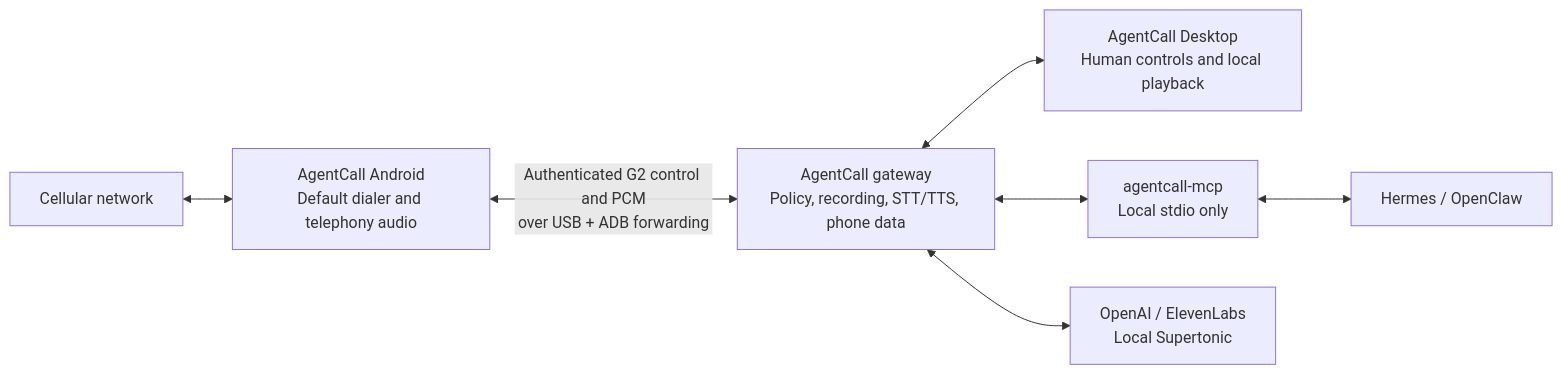
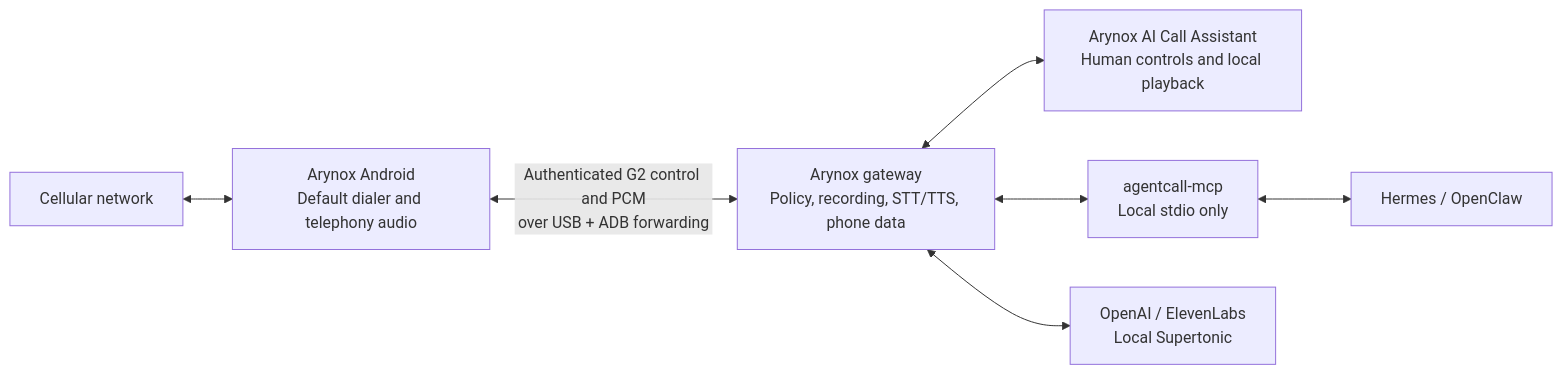
One commit to aryaanchavan1-commits/Arynox_ai_call_assistant changed the diagram in README.md. Above: the diagram before and after it, drawn with Mermaid. The commit also changed other lines of this file and 47 other files, not shown here.

Commit message:
Remove AgentCall branding from all user-facing surfaces; product is purely ArynoxTech

````diff
--- a/README.md
+++ b/README.md
@@ -106,9 +106,9 @@
 ```mermaid
 flowchart LR
-    Network["Cellular network"] <--> Phone["AgentCall Android<br/>Default dialer and telephony audio"]
-    Phone <-->|"Authenticated G2 control and PCM<br/>over USB + ADB forwarding"| Gateway["AgentCall gateway<br/>Policy, recording, STT/TTS, phone data"]
-    Gateway <--> Desktop["AgentCall Desktop<br/>Human controls and local playback"]
+    Network["Cellular network"] <--> Phone["Arynox Android<br/>Default dialer and telephony audio"]
+    Phone <-->|"Authenticated G2 control and PCM<br/>over USB + ADB forwarding"| Gateway["Arynox gateway<br/>Policy, recording, STT/TTS, phone data"]
+    Gateway <--> Desktop["Arynox AI Call Assistant<br/>Human controls and local playback"]
     Gateway <--> MCP["agentcall-mcp<br/>Local stdio only"]
     MCP <--> Agents["Hermes / OpenClaw"]
     Gateway <--> Speech["OpenAI / ElevenLabs<br/>Local Supertonic"]
 ```
````
